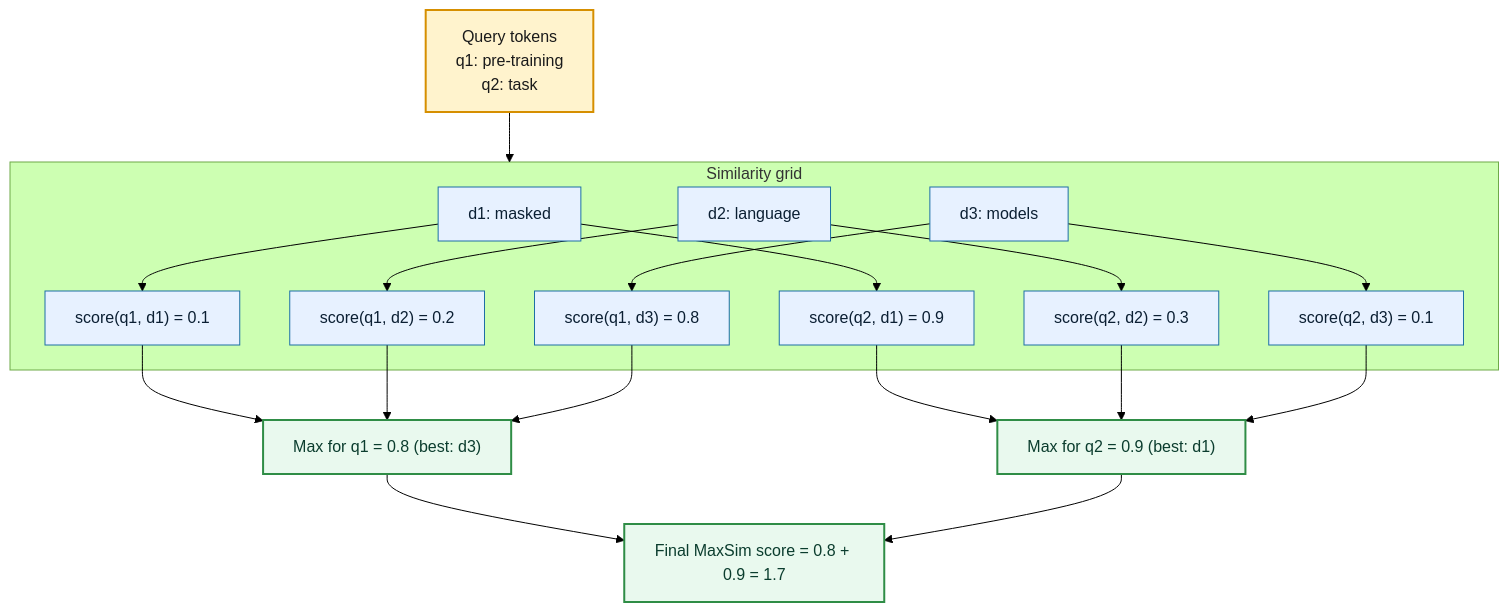
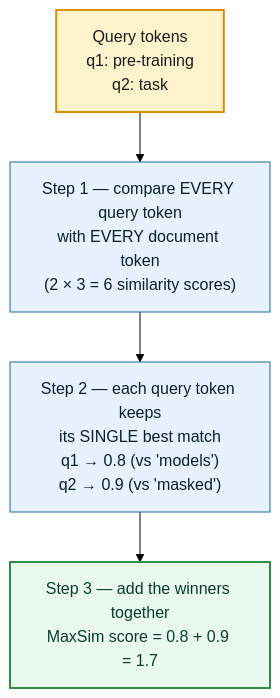
The fourth of 5 diagrams in lab2_colbert.md (CogKnowEdge-Solutions/Context-Memory-Layer), drawn with Mermaid (forest theme) before and after one commit. The commit also changed other lines of this file, not shown here.

Commit message:
Clarify MaxSim explanation in ColBERT lab docs

````diff
--- a/lab2_colbert.md
+++ b/lab2_colbert.md
@@ -103,29 +117,15 @@
 ```mermaid
 flowchart TB
-    Q["Query tokens<br/>q1: pre-training<br/>q2: task"] --> GRID
+    Q["Query tokens<br/>q1: pre-training<br/>q2: task"] --> PAIRS["Step 1 — compare EVERY query token<br/>with EVERY document token<br/>(2 × 3 = 6 similarity scores)"]
 
-    subgraph GRID["Similarity grid"]
-        D1["d1: masked"] --> S11["score(q1, d1) = 0.1"]
-        D1 --> S21["score(q2, d1) = 0.9"]
-        D2["d2: language"] --> S12["score(q1, d2) = 0.2"]
-        D2 --> S22["score(q2, d2) = 0.3"]
-        D3["d3: models"] --> S13["score(q1, d3) = 0.8"]
-        D3 --> S23["score(q2, d3) = 0.1"]
-    end
+    PAIRS --> BEST["Step 2 — each query token keeps<br/>its SINGLE best match<br/>q1 → 0.8 (vs 'models')<br/>q2 → 0.9 (vs 'masked')"]
 
-    S11 --> MAX1["Max for q1 = 0.8 (best: d3)"]
-    S12 --> MAX1
-    S13 --> MAX1
-    S21 --> MAX2["Max for q2 = 0.9 (best: d1)"]
-    S22 --> MAX2
-    S23 --> MAX2
-    MAX1 --> SUM["Final MaxSim score = 0.8 + 0.9 = 1.7"]
-    MAX2 --> SUM
+    BEST --> SUM["Step 3 — add the winners together<br/>MaxSim score = 0.8 + 0.9 = 1.7"]
 
-    classDef queryStyle fill:#fff3cd,stroke:#d68f00,stroke-width:2px,color:#1a1a1a
-    classDef gridStyle fill:#e7f1ff,stroke:#1d6fa5,stroke-width:1px,color:#0b1f33
-    classDef sumStyle fill:#e9f9ee,stroke:#2f8d46,stroke-width:2px,color:#0b3d2e
-    class Q queryStyle
-    class D1,D2,D3,S11,S12,S13,S21,S22,S23 gridStyle
-    class MAX1,MAX2,SUM sumStyle
+    classDef qStyle fill:#fff3cd,stroke:#d68f00,stroke-width:2px,color:#1a1a1a
+    classDef pStyle fill:#e7f1ff,stroke:#1d6fa5,stroke-width:1px,color:#0b1f33
+    classDef sStyle fill:#e9f9ee,stroke:#2f8d46,stroke-width:2px,color:#0b3d2e
+    class Q qStyle
+    class PAIRS,BEST pStyle
+    class SUM sStyle
 ```
````
